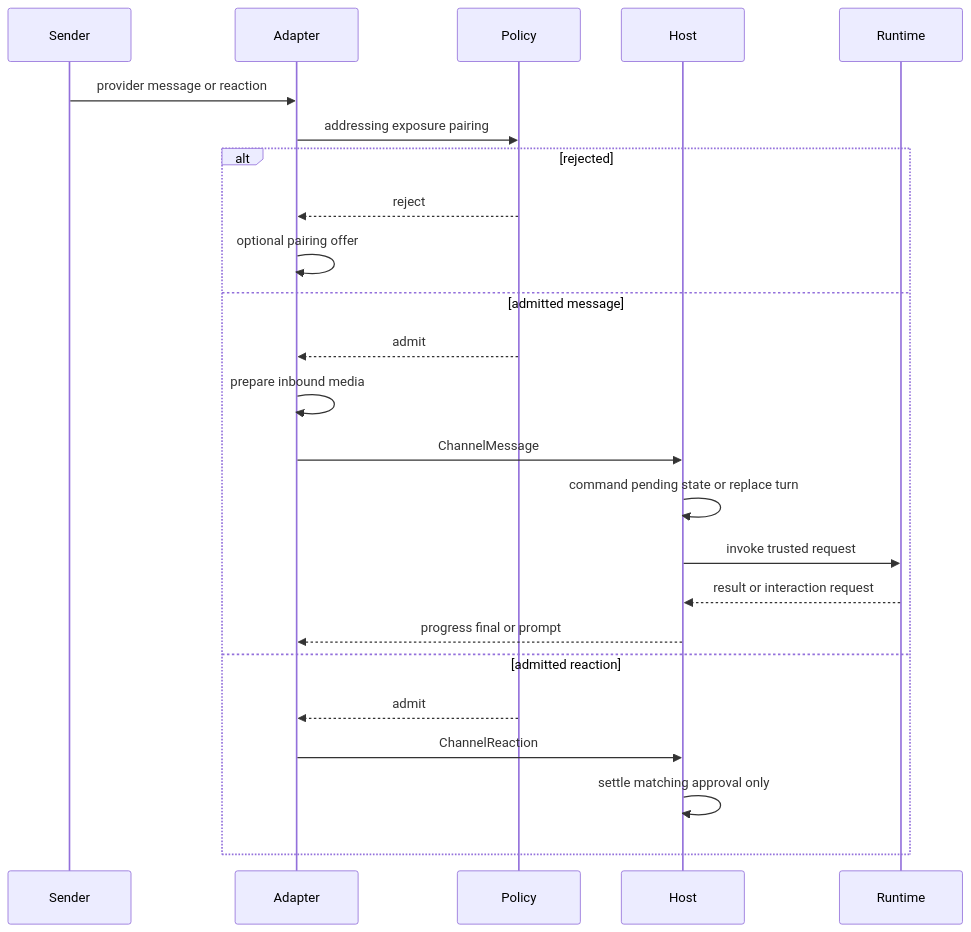
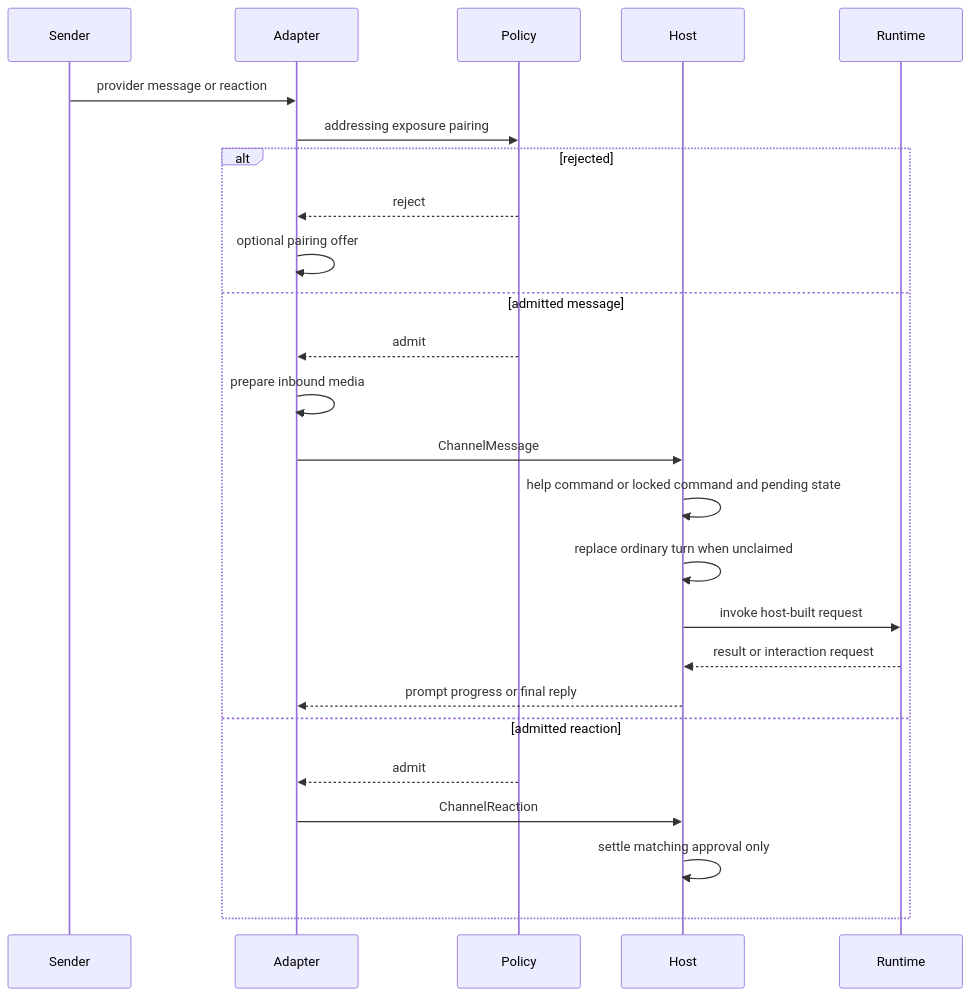
The diagram in openwiki/concepts/talon-channel-admission.md (langchain-ai/deepagents), drawn with Mermaid before and after one commit. The commit also changed other lines of this file and 34 other files, not shown here.

````diff
--- a/openwiki/concepts/talon-channel-admission.md
+++ b/openwiki/concepts/talon-channel-admission.md
@@ -57,27 +59,28 @@
 ```mermaid
 sequenceDiagram
     participant Sender
     participant Adapter
     participant Policy
     participant Host
     participant Runtime
 
     Sender->>Adapter: provider message or reaction
     Adapter->>Policy: addressing exposure pairing
     alt rejected
         Policy-->>Adapter: reject
         Adapter->>Adapter: optional pairing offer
     else admitted message
         Policy-->>Adapter: admit
         Adapter->>Adapter: prepare inbound media
         Adapter->>Host: ChannelMessage
-        Host->>Host: command pending state or replace turn
-        Host->>Runtime: invoke trusted request
+        Host->>Host: help command or locked command and pending state
+        Host->>Host: replace ordinary turn when unclaimed
+        Host->>Runtime: invoke host-built request
         Runtime-->>Host: result or interaction request
-        Host-->>Adapter: progress final or prompt
+        Host-->>Adapter: prompt progress or final reply
     else admitted reaction
         Policy-->>Adapter: admit
         Adapter->>Host: ChannelReaction
         Host->>Host: settle matching approval only
     end
 ```
````
